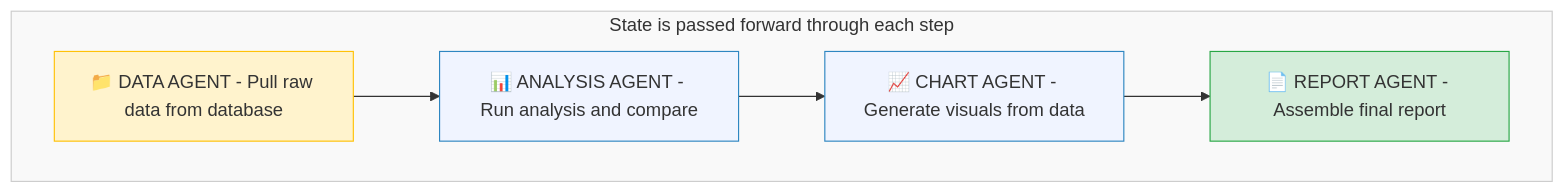
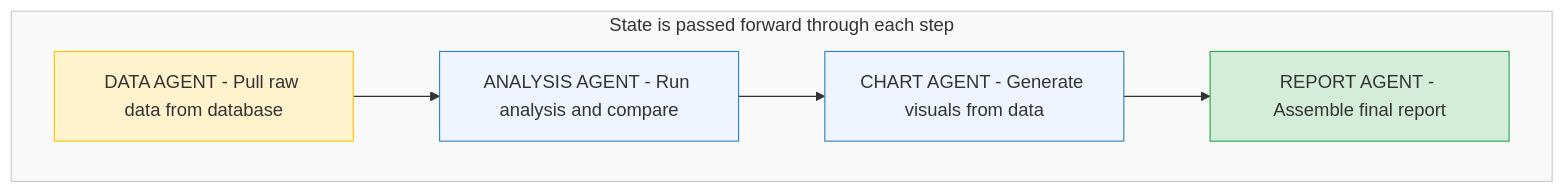
The second of 7 diagrams in docs/07-agentic-ai.md (ithinktavo/GenAI-Engineering-Handbook), drawn with Mermaid before and after one commit. The commit also changed other lines of this file and 10 other files, not shown here.

Commit message:
Diagram updates

````diff
--- a/docs/07-agentic-ai.md
+++ b/docs/07-agentic-ai.md
@@ -101,23 +101,23 @@
 ```mermaid
 graph LR
-    Data["📁 DATA AGENT - Pull raw data from database"]
-    Analysis["📊 ANALYSIS AGENT - Run analysis and compare"]
-    Chart["📈 CHART AGENT - Generate visuals from data"]
-    Report["📄 REPORT AGENT - Assemble final report"]
+    Data["DATA AGENT - Pull raw data from database"]
+    Analysis["ANALYSIS AGENT - Run analysis and compare"]
+    Chart["CHART AGENT - Generate visuals from data"]
+    Report["REPORT AGENT - Assemble final report"]
 
     Data --> Analysis --> Chart --> Report
 
     subgraph State ["State is passed forward through each step"]
         direction LR
         Data
         Analysis
         Chart
         Report
     end
 
     style Data fill:#fff3cd,stroke:#ffc107
     style Analysis fill:#f0f4ff,stroke:#2E86C1
     style Chart fill:#f0f4ff,stroke:#2E86C1
     style Report fill:#d4edda,stroke:#28a745
     style State fill:#f9f9f9,stroke:#ccc
 ```
````
